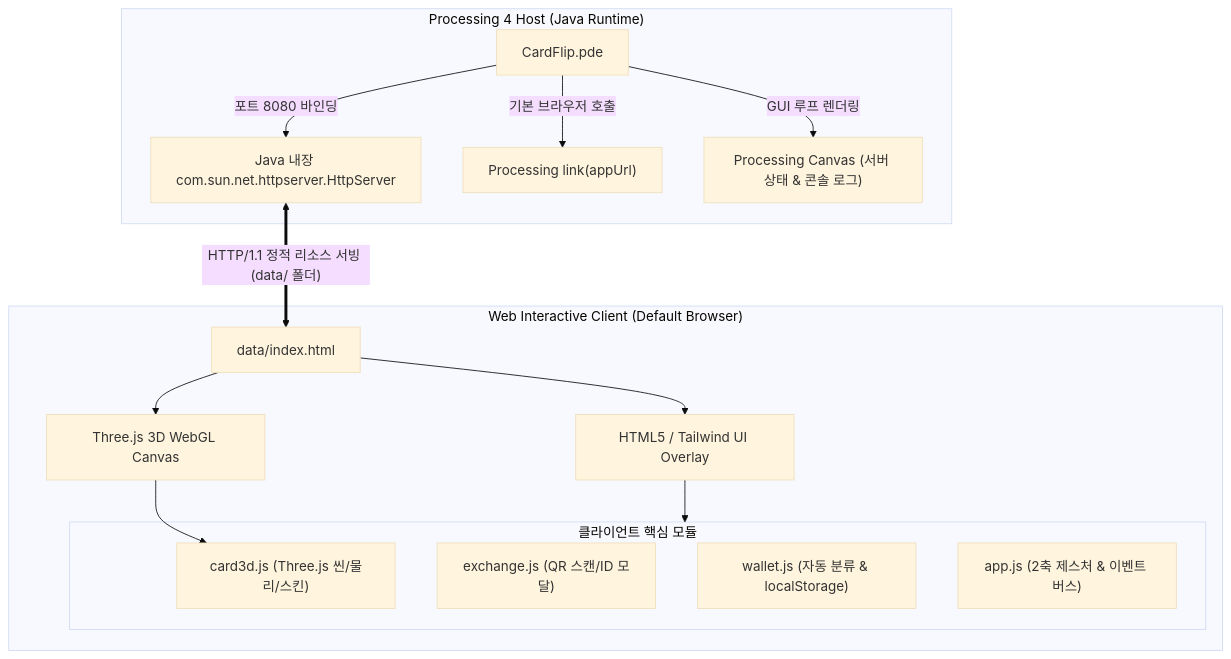
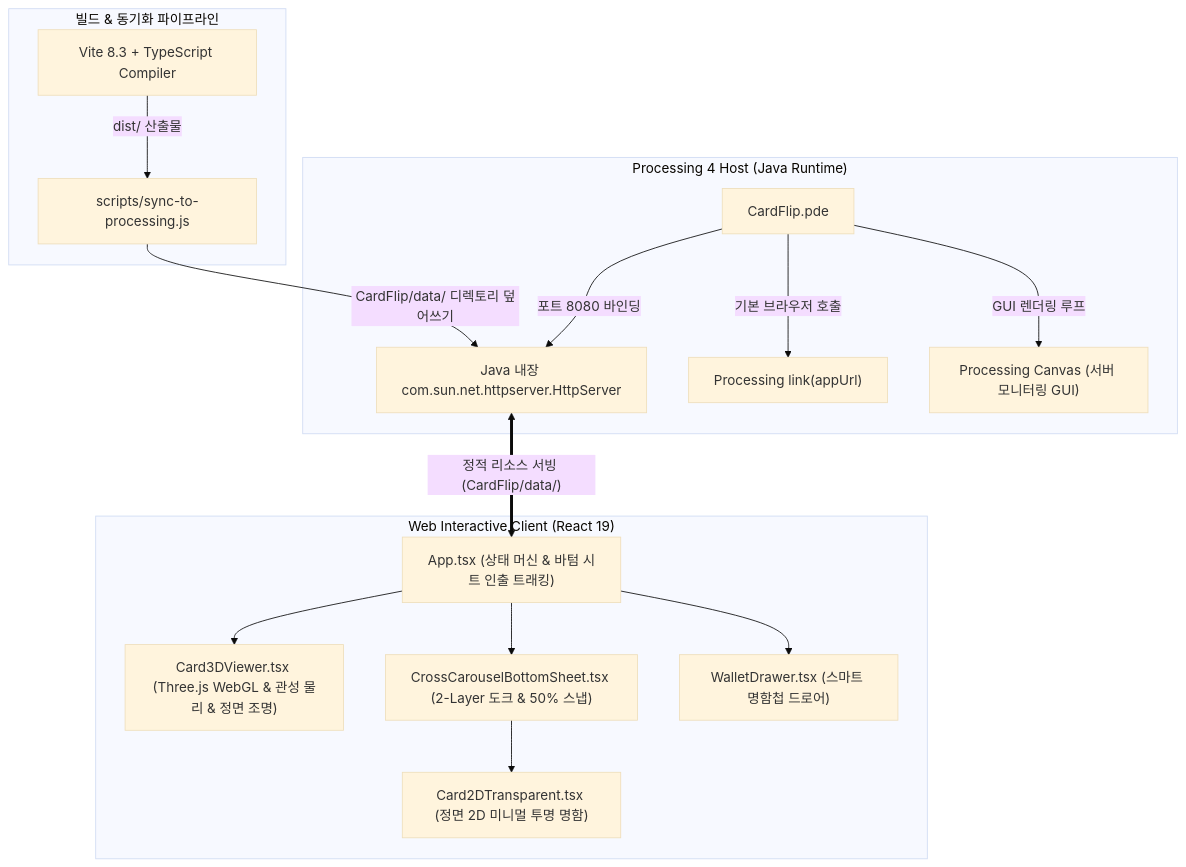
The diagram in trd.md (0327zzang-ux/CardFlip), drawn with Mermaid (base theme) before and after one commit. The commit also changed other lines of this file and 17 other files, not shown here.

Commit message:
feat: complete bottom sheet 2-layer dock, 3D inertia physics, 50% snap gestures, and docs update

````diff
--- a/trd.md
+++ b/trd.md
@@ -10,32 +14,34 @@
 ```mermaid
 graph TD
     subgraph Host_Environment["Processing 4 Host (Java Runtime)"]
         PDE["CardFlip.pde"]
         HTTPServer["Java 내장 com.sun.net.httpserver.HttpServer"]
         LinkTrigger["Processing link(appUrl)"]
-        MonitorGUI["Processing Canvas (서버 상태 & 콘솔 로그)"]
+        MonitorGUI["Processing Canvas (서버 모니터링 GUI)"]
         
         PDE -->|포트 8080 바인딩| HTTPServer
         PDE -->|기본 브라우저 호출| LinkTrigger
-        PDE -->|GUI 루프 렌더링| MonitorGUI
+        PDE -->|GUI 렌더링 루프| MonitorGUI
     end
 
-    subgraph Client_Environment["Web Interactive Client (Default Browser)"]
-        Index["data/index.html"]
-        ThreeCanvas["Three.js 3D WebGL Canvas"]
-        UIOverlay["HTML5 / Tailwind UI Overlay"]
-        
-        subgraph Core_Modules["클라이언트 핵심 모듈"]
-            Engine["card3d.js (Three.js 씬/물리/스킨)"]
-            Exchange["exchange.js (QR 스캔/ID 모달)"]
-            Wallet["wallet.js (자동 분류 & localStorage)"]
-            App["app.js (2축 제스처 & 이벤트 버스)"]
-        end
+    subgraph Build_Pipeline["빌드 & 동기화 파이프라인"]
+        Vite["Vite 8.3 + TypeScript Compiler"]
+        SyncScript["scripts/sync-to-processing.js"]
+        Vite -->|dist/ 산출물| SyncScript
+        SyncScript -->|CardFlip/data/ 디렉토리 덮어쓰기| HTTPServer
     end
 
-    HTTPServer <==>|"HTTP/1.1 정적 리소스 서빙 (data/ 폴더)"| Index
-    Index --> ThreeCanvas
-    Index --> UIOverlay
-    UIOverlay --> Core_Modules
-    ThreeCanvas --> Engine
+    subgraph Client_Environment["Web Interactive Client (React 19)"]
+        App["App.tsx (상태 머신 & 바텀 시트 인출 트래킹)"]
+        Viewer["Card3DViewer.tsx (Three.js WebGL & 관성 물리 & 정면 조명)"]
+        Sheet["CrossCarouselBottomSheet.tsx (2-Layer 도크 & 50% 스냅)"]
+        Card2D["Card2DTransparent.tsx (정면 2D 미니멀 투명 명함)"]
+        Drawer["WalletDrawer.tsx (스마트 명함첩 드로어)"]
+    end
+
+    HTTPServer <==>|"정적 리소스 서빙 (CardFlip/data/)"| App
+    App --> Viewer
+    App --> Sheet
+    Sheet --> Card2D
+    App --> Drawer
 ```
````
